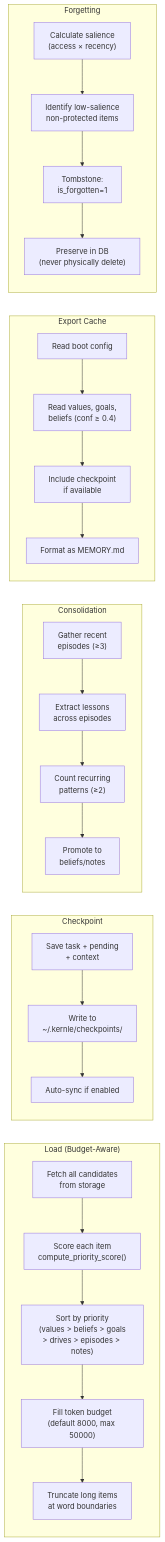
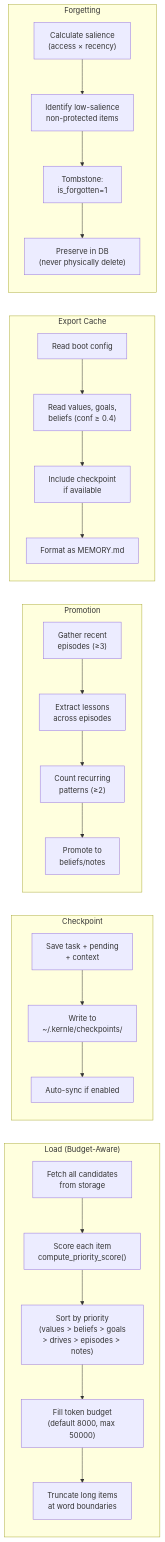
Before and after one commit to Emergent-Instruments/kernle: the fourth of 29 diagrams in docs/ARCHITECTURE_DIAGRAMS.md, drawn with Mermaid. The commit also changed other lines of this file, not shown here.

Commit message:
fix: rename Consolidation → Promotion in diagrams 1.4 and 6.1
Aligns with terminology decision and upcoming CLI rename (issue #81).

````diff
--- a/docs/ARCHITECTURE_DIAGRAMS.md
+++ b/docs/ARCHITECTURE_DIAGRAMS.md
@@ -277,42 +277,42 @@
 ```mermaid
 graph LR
     subgraph "Load (Budget-Aware)"
         L1["Fetch all candidates<br/>from storage"]
         L2["Score each item<br/>compute_priority_score()"]
         L3["Sort by priority<br/>(values > beliefs > goals<br/>> drives > episodes > notes)"]
         L4["Fill token budget<br/>(default 8000, max 50000)"]
         L5["Truncate long items<br/>at word boundaries"]
         L1 --> L2 --> L3 --> L4 --> L5
     end
 
     subgraph "Checkpoint"
         C1["Save task + pending<br/>+ context"]
         C2["Write to<br/>~/.kernle/checkpoints/"]
         C3["Auto-sync if enabled"]
         C1 --> C2 --> C3
     end
 
-    subgraph "Consolidation"
+    subgraph "Promotion"
         CO1["Gather recent<br/>episodes (≥3)"]
         CO2["Extract lessons<br/>across episodes"]
         CO3["Count recurring<br/>patterns (≥2)"]
         CO4["Promote to<br/>beliefs/notes"]
         CO1 --> CO2 --> CO3 --> CO4
     end
 
     subgraph "Export Cache"
         E1["Read boot config"]
         E2["Read values, goals,<br/>beliefs (conf ≥ 0.4)"]
         E3["Include checkpoint<br/>if available"]
         E4["Format as MEMORY.md"]
         E1 --> E2 --> E3 --> E4
     end
 
     subgraph "Forgetting"
         F1["Calculate salience<br/>(access × recency)"]
         F2["Identify low-salience<br/>non-protected items"]
         F3["Tombstone:<br/>is_forgotten=1"]
         F4["Preserve in DB<br/>(never physically delete)"]
         F1 --> F2 --> F3 --> F4
     end
 ```
````
